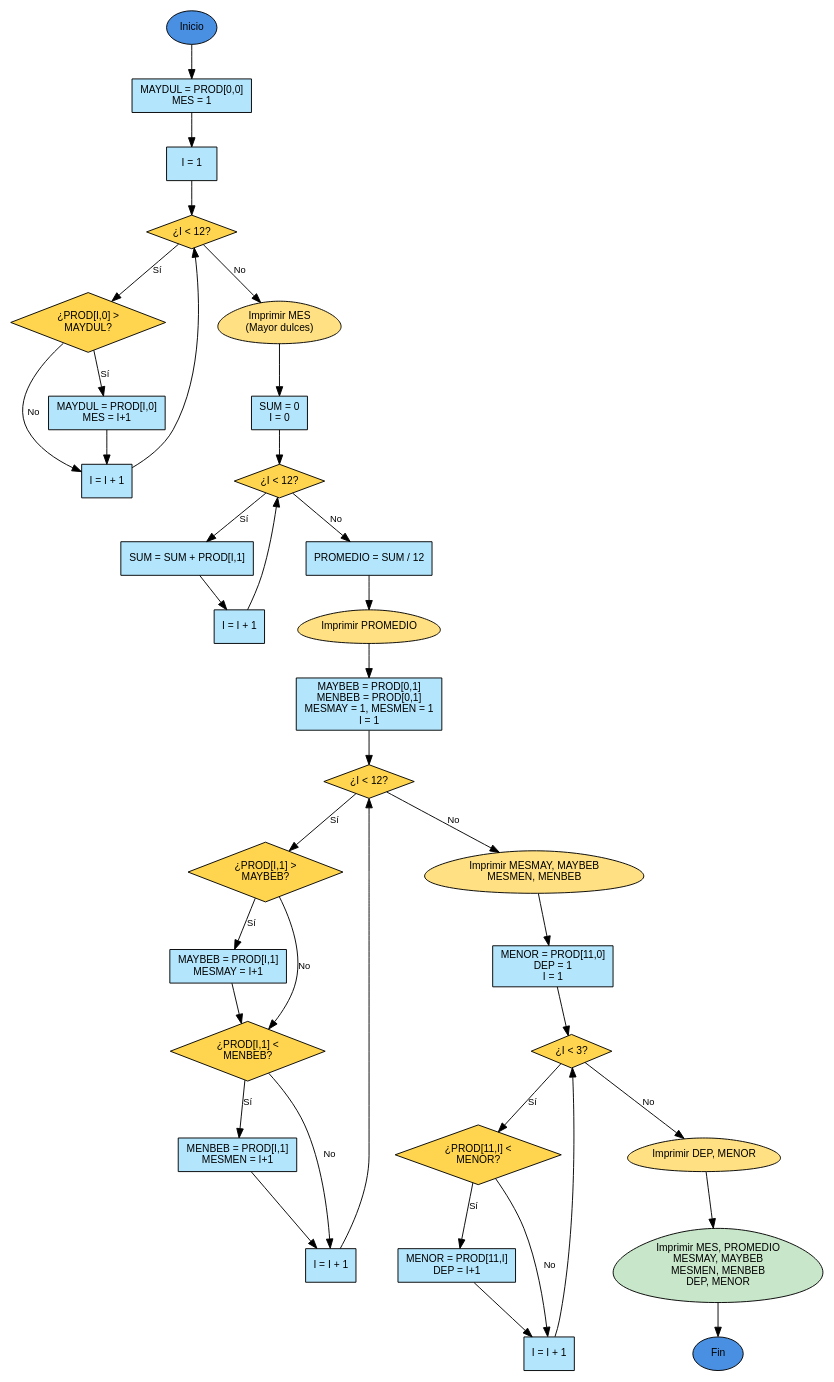
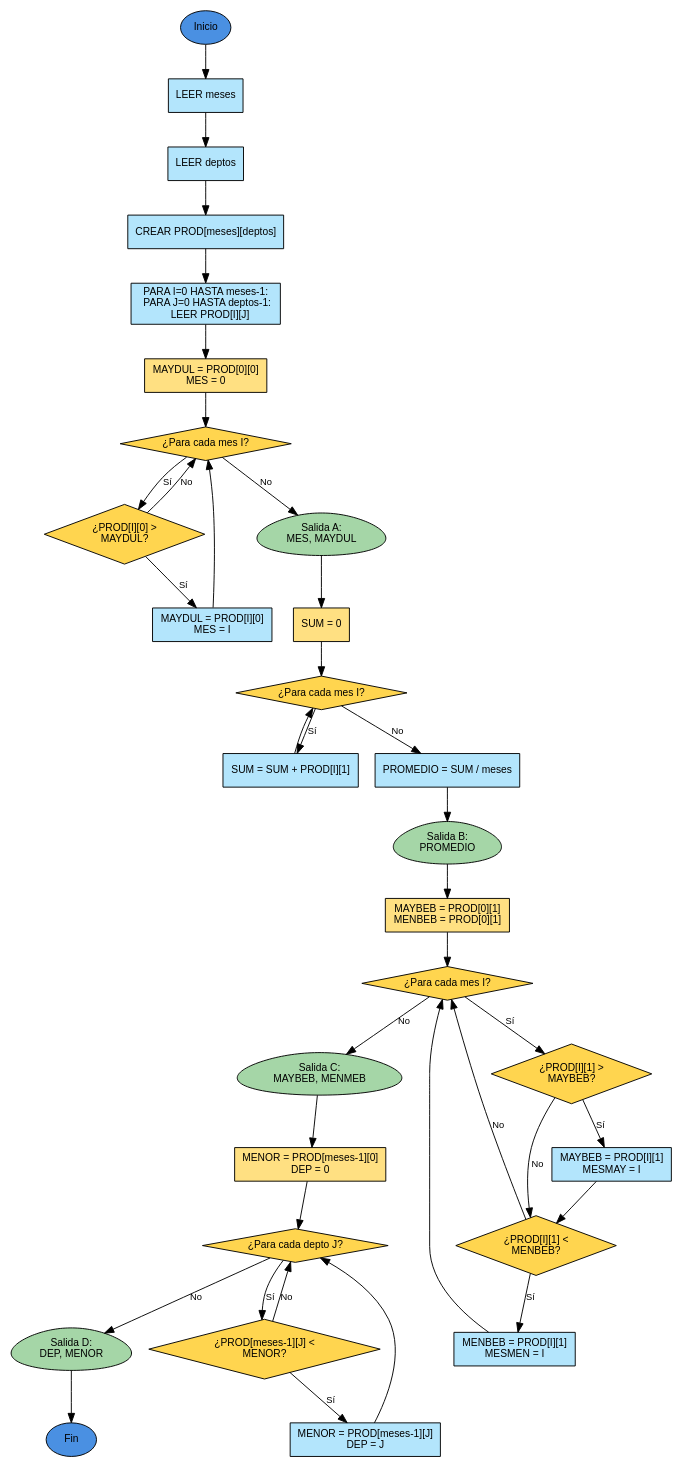
One commit to ISAIMCH/EjerciciosJava changed the diagram in Diagramas/problema-4-14-pag-229.dot. Above: the diagram before and after it, drawn with Graphviz. The commit also changed 15 other files, not shown here.

Commit message:
Nuevos diagramas

```diff
--- a/Diagramas/problema-4-14-pag-229.dot
+++ b/Diagramas/problema-4-14-pag-229.dot
@@ -1,94 +1,94 @@
 digraph Problema4_14 {
     rankdir=TB;
     node [fontname="Arial", fontsize=11, style=filled, fillcolor=white];
     edge [fontname="Arial", fontsize=10];
 
-    // Nodos principales - Inicio
+    // Nodos principales
     inicio [shape=ellipse, label="Inicio", fillcolor="#4A90E2"];
     
-    // Inciso a) - Mayor costo de dulces
-    asign_maydul [shape=box, label="MAYDUL = PROD[0,0]\nMES = 1", fillcolor="#B3E5FC"];
-    init_i1 [shape=box, label="I = 1", fillcolor="#B3E5FC"];
-    cond_i1 [shape=diamond, label="¿I < 12?", fillcolor="#FFD54F"];
-    comp_dulces [shape=diamond, label="¿PROD[I,0] >\nMAYDUL?", fillcolor="#FFD54F"];
-    upd_maydul [shape=box, label="MAYDUL = PROD[I,0]\nMES = I+1", fillcolor="#B3E5FC"];
-    incr_i1 [shape=box, label="I = I + 1", fillcolor="#B3E5FC"];
-    print_mes_dulces [shape=egg, label="Imprimir MES\n(Mayor dulces)", fillcolor="#FFE082"];
+    // Entrada de datos
+    entrada_meses [shape=box, label="LEER meses", fillcolor="#B3E5FC"];
+    entrada_deptos [shape=box, label="LEER deptos", fillcolor="#B3E5FC"];
+    crear_matriz [shape=box, label="CREAR PROD[meses][deptos]", fillcolor="#B3E5FC"];
+    entrada_datos [shape=box, label="PARA I=0 HASTA meses-1:\n  PARA J=0 HASTA deptos-1:\n    LEER PROD[I][J]", fillcolor="#B3E5FC"];
     
-    // Inciso b) - Promedio bebidas
-    asign_sum [shape=box, label="SUM = 0\nI = 0", fillcolor="#B3E5FC"];
-    cond_i2 [shape=diamond, label="¿I < 12?", fillcolor="#FFD54F"];
-    sum_bebidas [shape=box, label="SUM = SUM + PROD[I,1]", fillcolor="#B3E5FC"];
-    incr_i2 [shape=box, label="I = I + 1", fillcolor="#B3E5FC"];
-    calc_promedio [shape=box, label="PROMEDIO = SUM / 12", fillcolor="#B3E5FC"];
-    print_promedio [shape=egg, label="Imprimir PROMEDIO", fillcolor="#FFE082"];
+    // Inciso A - Mayor costo departamento 1
+    init_a [shape=box, label="MAYDUL = PROD[0][0]\nMES = 0", fillcolor="#FFE082"];
+    loop_a [shape=diamond, label="¿Para cada mes I?", fillcolor="#FFD54F"];
+    comp_a [shape=diamond, label="¿PROD[I][0] >\nMAYDUL?", fillcolor="#FFD54F"];
+    upd_a [shape=box, label="MAYDUL = PROD[I][0]\nMES = I", fillcolor="#B3E5FC"];
+    print_a [shape=egg, label="Salida A:\nMES, MAYDUL", fillcolor="#A5D6A7"];
     
-    // Inciso c) - Mayor y menor bebidas
-    asign_beb [shape=box, label="MAYBEB = PROD[0,1]\nMENBEB = PROD[0,1]\nMESMAY = 1, MESMEN = 1\nI = 1", fillcolor="#B3E5FC"];
-    cond_i3 [shape=diamond, label="¿I < 12?", fillcolor="#FFD54F"];
-    comp_max_beb [shape=diamond, label="¿PROD[I,1] >\nMAYBEB?", fillcolor="#FFD54F"];
-    upd_max_beb [shape=box, label="MAYBEB = PROD[I,1]\nMESMAY = I+1", fillcolor="#B3E5FC"];
-    comp_min_beb [shape=diamond, label="¿PROD[I,1] <\nMENBEB?", fillcolor="#FFD54F"];
-    upd_min_beb [shape=box, label="MENBEB = PROD[I,1]\nMESMEN = I+1", fillcolor="#B3E5FC"];
-    incr_i3 [shape=box, label="I = I + 1", fillcolor="#B3E5FC"];
-    print_mayor_menor_beb [shape=egg, label="Imprimir MESMAY, MAYBEB\nMESMEN, MENBEB", fillcolor="#FFE082"];
+    // Inciso B - Promedio departamento 2
+    init_b [shape=box, label="SUM = 0", fillcolor="#FFE082"];
+    loop_b [shape=diamond, label="¿Para cada mes I?", fillcolor="#FFD54F"];
+    acum_b [shape=box, label="SUM = SUM + PROD[I][1]", fillcolor="#B3E5FC"];
+    calc_b [shape=box, label="PROMEDIO = SUM / meses", fillcolor="#B3E5FC"];
+    print_b [shape=egg, label="Salida B:\nPROMEDIO", fillcolor="#A5D6A7"];
     
-    // Inciso d) - Menor costo en diciembre
-    asign_menor [shape=box, label="MENOR = PROD[11,0]\nDEP = 1\nI = 1", fillcolor="#B3E5FC"];
-    cond_i4 [shape=diamond, label="¿I < 3?", fillcolor="#FFD54F"];
-    comp_menor [shape=diamond, label="¿PROD[11,I] <\nMENOR?", fillcolor="#FFD54F"];
-    upd_menor [shape=box, label="MENOR = PROD[11,I]\nDEP = I+1", fillcolor="#B3E5FC"];
-    incr_i4 [shape=box, label="I = I + 1", fillcolor="#B3E5FC"];
-    print_menor_dic [shape=egg, label="Imprimir DEP, MENOR", fillcolor="#FFE082"];
+    // Inciso C - Mayor y menor departamento 2
+    init_c [shape=box, label="MAYBEB = PROD[0][1]\nMENBEB = PROD[0][1]", fillcolor="#FFE082"];
+    loop_c [shape=diamond, label="¿Para cada mes I?", fillcolor="#FFD54F"];
+    comp_max_c [shape=diamond, label="¿PROD[I][1] >\nMAYBEB?", fillcolor="#FFD54F"];
+    upd_max_c [shape=box, label="MAYBEB = PROD[I][1]\nMESMAY = I", fillcolor="#B3E5FC"];
+    comp_min_c [shape=diamond, label="¿PROD[I][1] <\nMENBEB?", fillcolor="#FFD54F"];
+    upd_min_c [shape=box, label="MENBEB = PROD[I][1]\nMESMEN = I", fillcolor="#B3E5FC"];
+    print_c [shape=egg, label="Salida C:\nMAYBEB, MENMEB", fillcolor="#A5D6A7"];
     
-    // Salida final
-    salida [shape=egg, label="Imprimir MES, PROMEDIO\nMESMAY, MAYBEB\nMESMEN, MENBEB\nDEP, MENOR", fillcolor="#C8E6C9"];
+    // Inciso D - Menor en último mes
+    init_d [shape=box, label="MENOR = PROD[meses-1][0]\nDEP = 0", fillcolor="#FFE082"];
+    loop_d [shape=diamond, label="¿Para cada depto J?", fillcolor="#FFD54F"];
+    comp_d [shape=diamond, label="¿PROD[meses-1][J] <\nMENOR?", fillcolor="#FFD54F"];
+    upd_d [shape=box, label="MENOR = PROD[meses-1][J]\nDEP = J", fillcolor="#B3E5FC"];
+    print_d [shape=egg, label="Salida D:\nDEP, MENOR", fillcolor="#A5D6A7"];
+    
+    // Fin
     fin [shape=ellipse, label="Fin", fillcolor="#4A90E2"];
 
-    // Conexiones - Inciso a
-    inicio -> asign_maydul;
-    asign_maydul -> init_i1;
-    init_i1 -> cond_i1;
-    cond_i1 -> comp_dulces [label="Sí"];
-    comp_dulces -> upd_maydul [label="Sí"];
-    upd_maydul -> incr_i1;
-    comp_dulces -> incr_i1 [label="No"];
-    incr_i1 -> cond_i1;
-    cond_i1 -> print_mes_dulces [label="No"];
+    // Conexiones - Entrada
+    inicio -> entrada_meses;
+    entrada_meses -> entrada_deptos;
+    entrada_deptos -> crear_matriz;
+    crear_matriz -> entrada_datos;
     
-    // Conexiones - Inciso b
-    print_mes_dulces -> asign_sum;
-    asign_sum -> cond_i2;
-    cond_i2 -> sum_bebidas [label="Sí"];
-    sum_bebidas -> incr_i2;
-    incr_i2 -> cond_i2;
-    cond_i2 -> calc_promedio [label="No"];
-    calc_promedio -> print_promedio;
+    // Conexiones - Inciso A
+    entrada_datos -> init_a;
+    init_a -> loop_a;
+    loop_a -> comp_a [label="Sí"];
+    comp_a -> upd_a [label="Sí"];
+    upd_a -> loop_a;
+    comp_a -> loop_a [label="No"];
+    loop_a -> print_a [label="No"];
     
-    // Conexiones - Inciso c
-    print_promedio -> asign_beb;
-    asign_beb -> cond_i3;
-    cond_i3 -> comp_max_beb [label="Sí"];
-    comp_max_beb -> upd_max_beb [label="Sí"];
-    upd_max_beb -> comp_min_beb;
-    comp_max_beb -> comp_min_beb [label="No"];
-    comp_min_beb -> upd_min_beb [label="Sí"];
-    upd_min_beb -> incr_i3;
-    comp_min_beb -> incr_i3 [label="No"];
-    incr_i3 -> cond_i3;
-    cond_i3 -> print_mayor_menor_beb [label="No"];
+    // Conexiones - Inciso B
+    print_a -> init_b;
+    init_b -> loop_b;
+    loop_b -> acum_b [label="Sí"];
+    acum_b -> loop_b;
+    loop_b -> calc_b [label="No"];
+    calc_b -> print_b;
     
-    // Conexiones - Inciso d
-    print_mayor_menor_beb -> asign_menor;
-    asign_menor -> cond_i4;
-    cond_i4 -> comp_menor [label="Sí"];
-    comp_menor -> upd_menor [label="Sí"];
-    upd_menor -> incr_i4;
-    comp_menor -> incr_i4 [label="No"];
-    incr_i4 -> cond_i4;
-    cond_i4 -> print_menor_dic [label="No"];
+    // Conexiones - Inciso C
+    print_b -> init_c;
+    init_c -> loop_c;
+    loop_c -> comp_max_c [label="Sí"];
+    comp_max_c -> upd_max_c [label="Sí"];
+    upd_max_c -> comp_min_c;
+    comp_max_c -> comp_min_c [label="No"];
+    comp_min_c -> upd_min_c [label="Sí"];
+    upd_min_c -> loop_c;
+    comp_min_c -> loop_c [label="No"];
+    loop_c -> print_c [label="No"];
     
-    // Conexiones - Salida final
-    print_menor_dic -> salida;
-    salida -> fin;
+    // Conexiones - Inciso D
+    print_c -> init_d;
+    init_d -> loop_d;
+    loop_d -> comp_d [label="Sí"];
+    comp_d -> upd_d [label="Sí"];
+    upd_d -> loop_d;
+    comp_d -> loop_d [label="No"];
+    loop_d -> print_d [label="No"];
+    
+    // Conexiones - Fin
+    print_d -> fin;
 }
```
